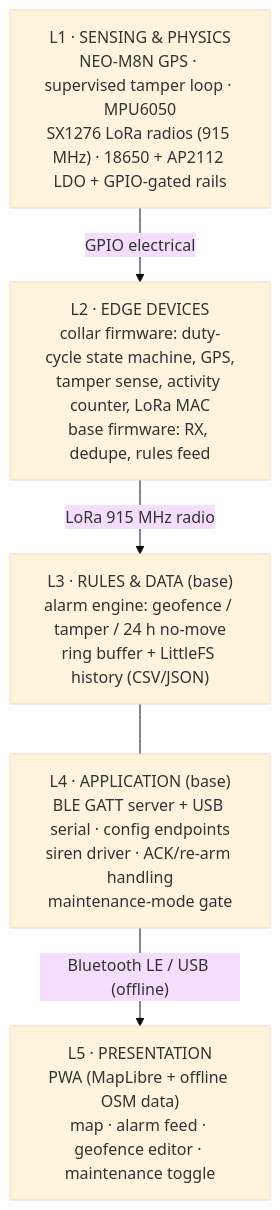
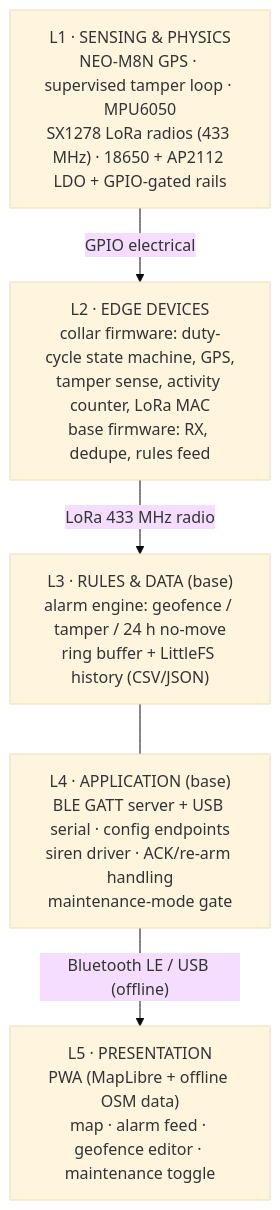
One commit to qppd/smart-collar changed the first of 3 diagrams in docs/SYSTEM-ARCHITECTURE.md. Above: the diagram before and after it, drawn with Mermaid (base theme). The commit also changed other lines of this file and 10 other files, not shown here.

First line of the commit message:
Swap LoRa to SX1278 433MHz Ra-02 and GPS to GY-NEO6MV2 with ceramic antenna

````diff
--- a/docs/SYSTEM-ARCHITECTURE.md
+++ b/docs/SYSTEM-ARCHITECTURE.md
@@ -9,12 +9,12 @@
 ```mermaid
 flowchart TB
     L5["L5 · PRESENTATION<br/>PWA (MapLibre + offline OSM data)<br/>map · alarm feed · geofence editor · maintenance toggle"]
     L4["L4 · APPLICATION (base)<br/>BLE GATT server + USB serial · config endpoints<br/>siren driver · ACK/re-arm handling<br/>maintenance-mode gate"]
     L3["L3 · RULES &amp; DATA (base)<br/>alarm engine: geofence / tamper / 24 h no-move<br/>ring buffer + LittleFS history (CSV/JSON)"]
     L2["L2 · EDGE DEVICES<br/>collar firmware: duty-cycle state machine, GPS,<br/>tamper sense, activity counter, LoRa MAC<br/>base firmware: RX, dedupe, rules feed"]
-    L1["L1 · SENSING &amp; PHYSICS<br/>NEO-M8N GPS · supervised tamper loop · MPU6050<br/>SX1276 LoRa radios (915 MHz) · 18650 + AP2112 LDO + GPIO-gated rails"]
+    L1["L1 · SENSING &amp; PHYSICS<br/>NEO-M8N GPS · supervised tamper loop · MPU6050<br/>SX1278 LoRa radios (433 MHz) · 18650 + AP2112 LDO + GPIO-gated rails"]
     L1 -- "GPIO electrical" --> L2
-    L2 -- "LoRa 915 MHz radio" --> L3
+    L2 -- "LoRa 433 MHz radio" --> L3
     L3 --- L4
     L4 -- "Bluetooth LE / USB (offline)" --> L5
 ```
````
